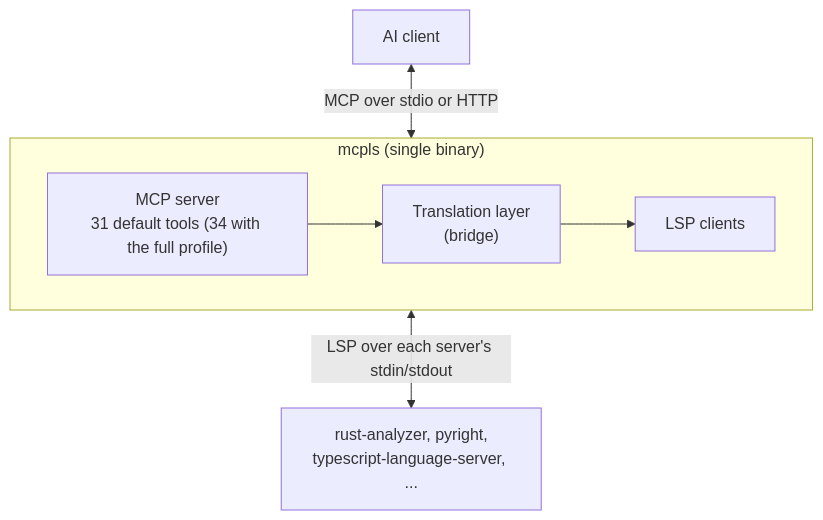
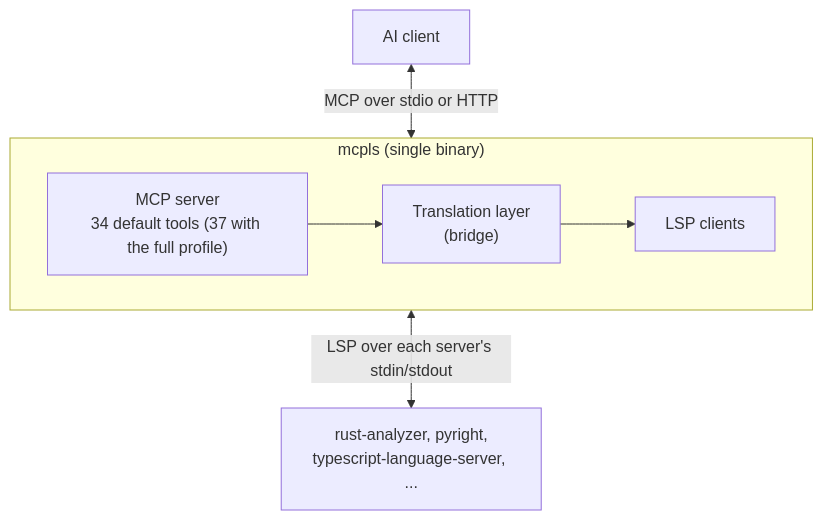
The first of 2 diagrams in book/src/advanced/architecture.md (insomnes/mcpls), drawn with Mermaid before and after one commit. The commit also changed 24 other files, not shown here.

````diff
--- a/book/src/advanced/architecture.md
+++ b/book/src/advanced/architecture.md
@@ -11,11 +11,11 @@
 ```mermaid
 flowchart TB
     Client["AI client"]
     subgraph mcpls["mcpls (single binary)"]
         direction LR
-        MCP["MCP server<br/>31 default tools (34 with the full profile)"] --> Bridge["Translation layer<br/>(bridge)"] --> LSPc["LSP clients"]
+        MCP["MCP server<br/>34 default tools (37 with the full profile)"] --> Bridge["Translation layer<br/>(bridge)"] --> LSPc["LSP clients"]
     end
     Servers["rust-analyzer, pyright,<br/>typescript-language-server, ..."]
     Client <-->|"MCP over stdio or HTTP"| MCP
     LSPc <-->|"LSP over each server's stdin/stdout"| Servers
 ```
````
